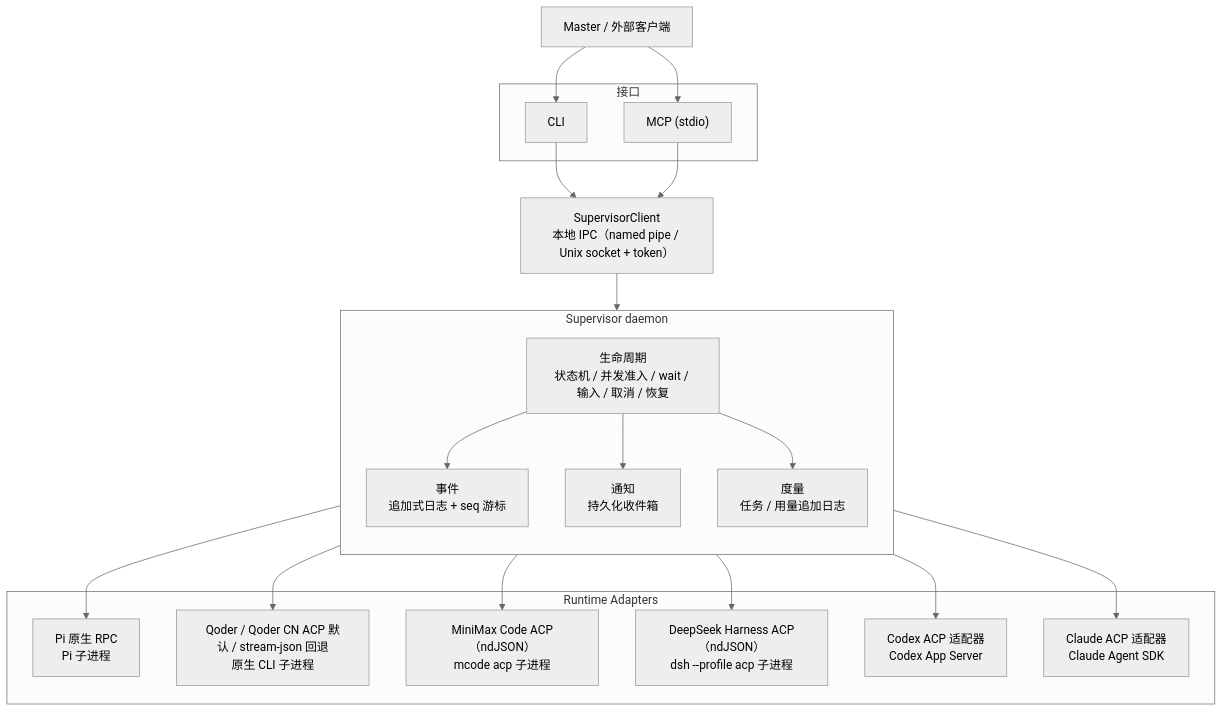
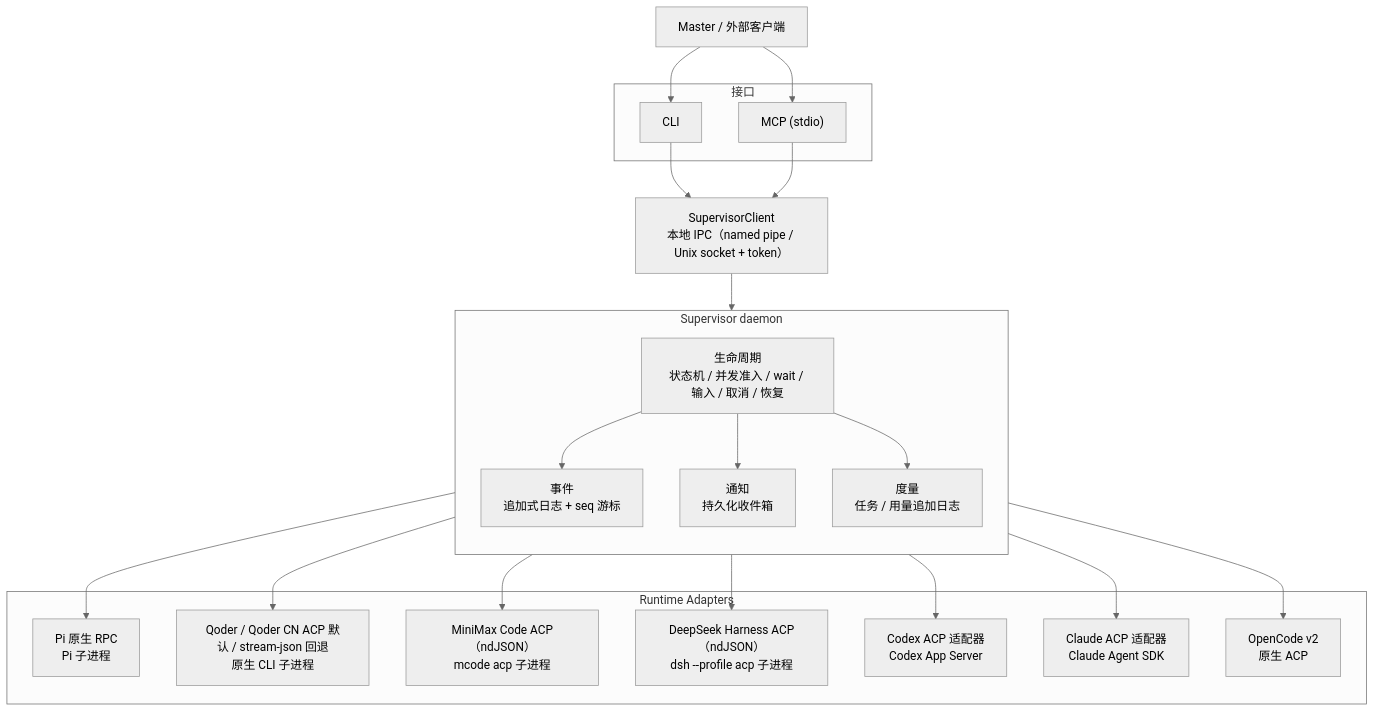
One commit to Chenpi-Sakura/harness-supervisor changed the diagram in README.md. Above: the diagram before and after it, drawn with Mermaid (neutral theme). The commit also changed other lines of this file and 37 other files, not shown here.

Commit message:
feat(supervisor): integrate OpenCode v2 and DSH master context

````diff
--- a/README.md
+++ b/README.md
@@ -206,43 +210,45 @@
 ```mermaid
 flowchart TB
     Client["Master / 外部客户端"]
 
     subgraph interfaces["接口"]
         CLI["CLI"]
         MCP["MCP (stdio)"]
     end
 
     IPC["SupervisorClient<br/>本地 IPC（named pipe / Unix socket + token）"]
 
     subgraph daemon["Supervisor daemon"]
         direction TB
         Lifecycle["生命周期<br/>状态机 / 并发准入 / wait / 输入 / 取消 / 恢复"]
         Events["事件<br/>追加式日志 + seq 游标"]
         Inbox["通知<br/>持久化收件箱"]
         Metrics["度量<br/>任务 / 用量追加日志"]
     end
 
     subgraph adapters["Runtime Adapters"]
         Pi["Pi 原生 RPC<br/>Pi 子进程"]
         Qoder["Qoder / Qoder CN ACP 默认 / stream-json 回退<br/>原生 CLI 子进程"]
         Mcode["MiniMax Code ACP（ndJSON）<br/>mcode acp 子进程"]
         Dsh["DeepSeek Harness ACP（ndJSON）<br/>dsh --profile acp 子进程"]
         Codex["Codex ACP 适配器<br/>Codex App Server"]
         Claude["Claude ACP 适配器<br/>Claude Agent SDK"]
+        OpenCode["OpenCode v2<br/>原生 ACP"]
     end
 
     Client --> CLI
     Client --> MCP
     CLI --> IPC
     MCP --> IPC
     IPC --> Lifecycle
     Lifecycle --> Events
     Lifecycle --> Inbox
     Lifecycle --> Metrics
     Lifecycle --> Pi
     Lifecycle --> Qoder
     Lifecycle --> Mcode
     Lifecycle --> Dsh
     Lifecycle --> Codex
     Lifecycle --> Claude
+    Lifecycle --> OpenCode
 ```
````
